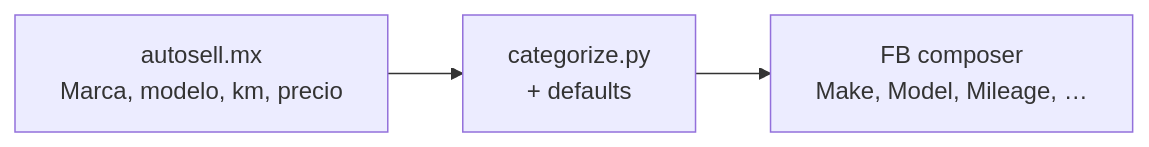
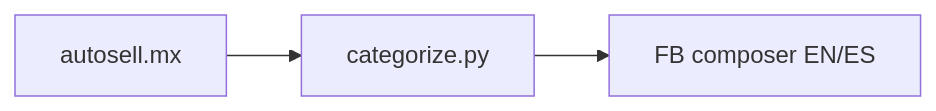
The second of 3 diagrams in SETUP.md (mg22mex/auto-upload), drawn with Mermaid before and after one commit. The commit also changed other lines of this file and 4 other files, not shown here.

````diff
--- a/SETUP.md
+++ b/SETUP.md
@@ -278,7 +289,7 @@
 ```mermaid
 flowchart LR
-    AS["autosell.mx<br/>Marca, modelo, km, precio"]
-    CAT["categorize.py<br/>+ defaults"]
-    FB["FB composer<br/>Make, Model, Mileage, …"]
+    AS["autosell.mx"]
+    CAT["categorize.py"]
+    FB["FB composer EN/ES"]
     AS --> CAT --> FB
 ```
````
